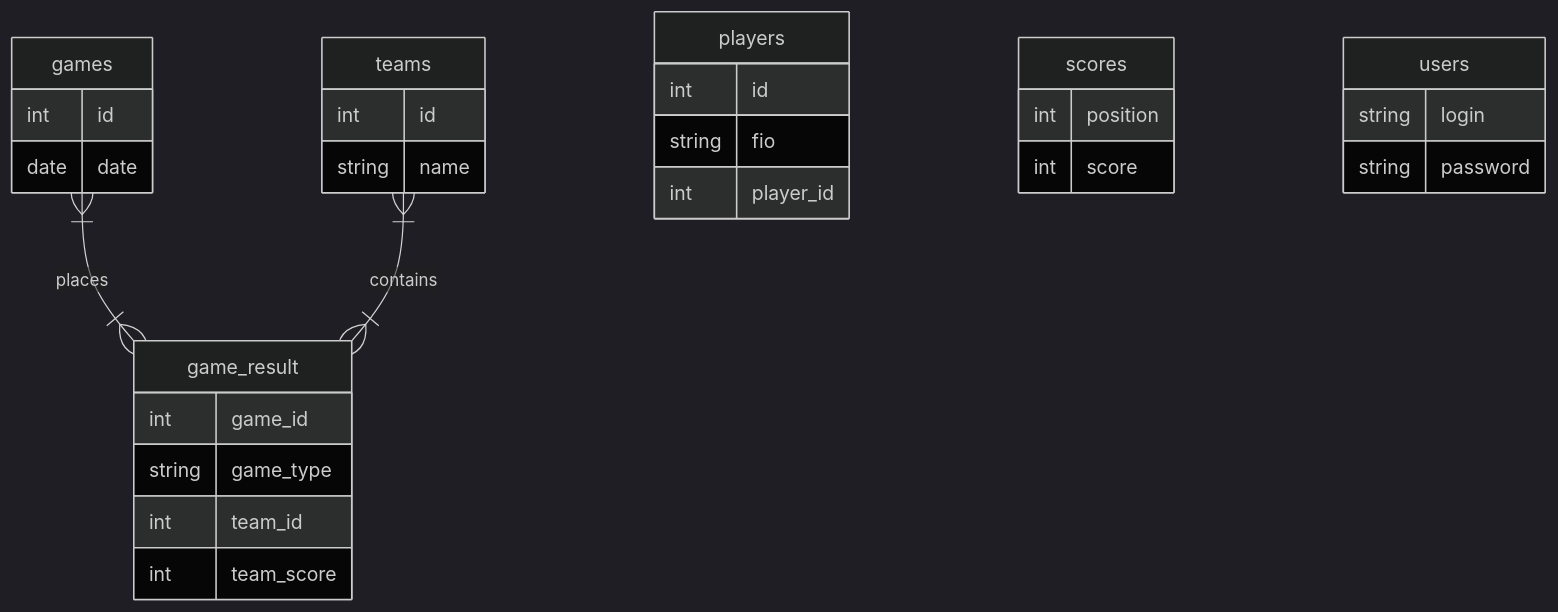
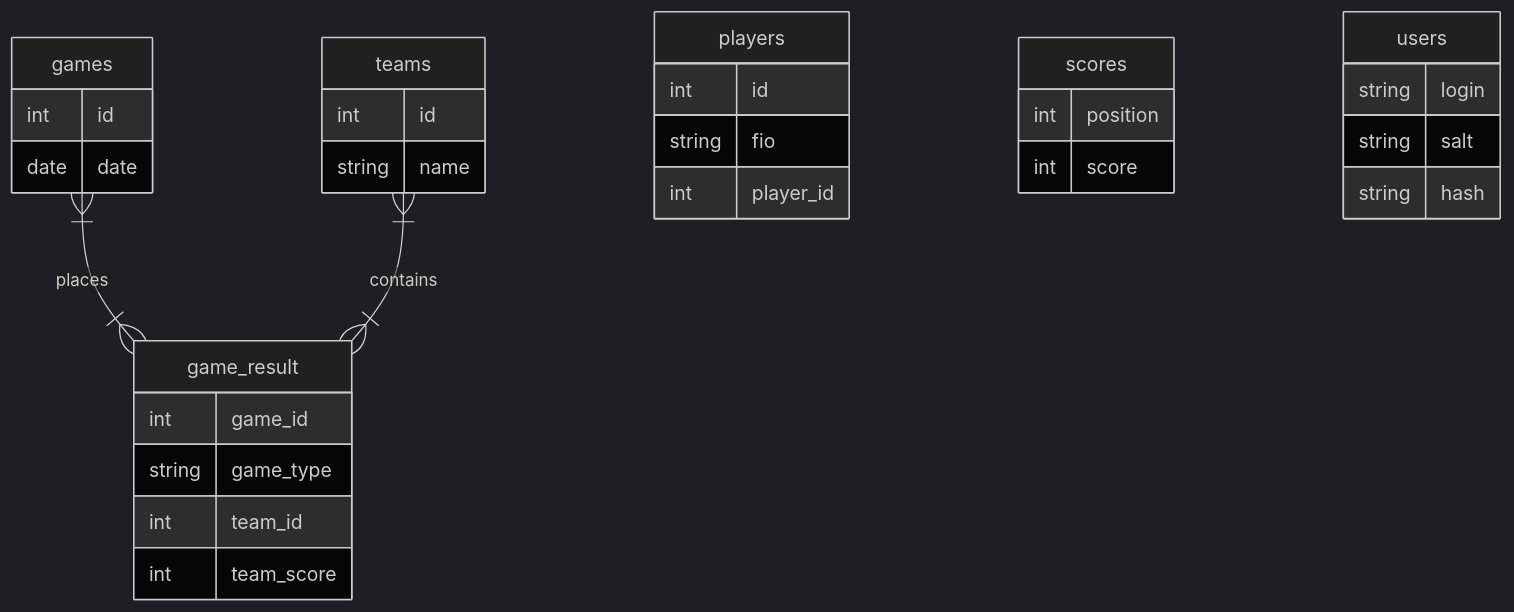
One commit to dim5x/statistika changed the diagram in readme.md. Above: the diagram before and after it, drawn with Mermaid (dark theme). The commit also changed other lines of this file, not shown here.

Commit message:
+ salt * password to hash

````diff
--- a/readme.md
+++ b/readme.md
@@ -92,32 +92,33 @@
 ```mermaid
 erDiagram
     games }|--|{ game_result : places
     games {
         int id
         date date
     }
     teams }|--|{ game_result : contains
     teams {
         int id
         string name
     }
     game_result {
         int game_id
         string game_type
         int team_id
         int team_score
     }
     players{
         int id
         string fio
         int player_id
     }
     scores{
         int position
         int score
     }
     users{
         string login
-        string password
+        string salt
+        string hash
     }
 ```
````
